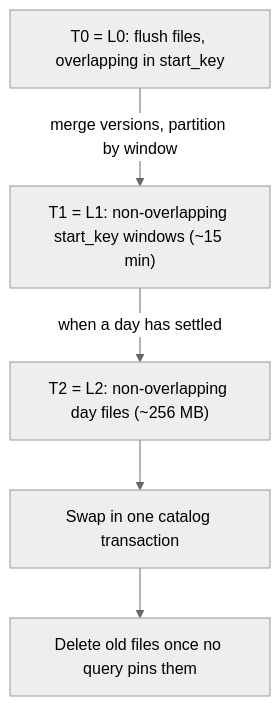
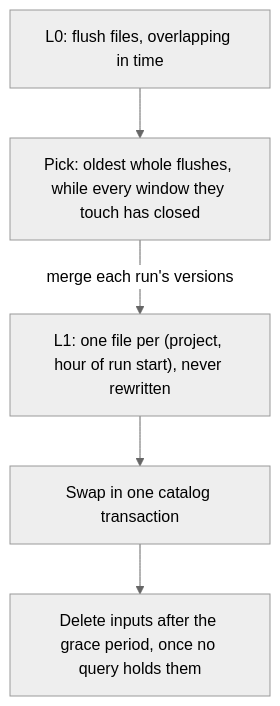
Before and after one commit to liukai/smithling: the eighth of 9 diagrams in ROCKSDB_COMPARISON.md, drawn with Mermaid (neutral theme). The commit also changed other lines of this file and 2 other files, not shown here.

First line of the commit message:
docs: RocksDB comparison for M4 compaction and versions; review findings F-1–F-4 in the backlog

````diff
--- a/ROCKSDB_COMPARISON.md
+++ b/ROCKSDB_COMPARISON.md
@@ -289,11 +290,9 @@
 ```mermaid
 flowchart TB
-    T0["T0 = L0: flush files, overlapping in start_key"]
-    T1["T1 = L1: non-overlapping start_key windows (~15 min)"]
-    T2["T2 = L2: non-overlapping day files (~256 MB)"]
+    L0["L0: flush files, overlapping in time"]
+    PICK["Pick: oldest whole flushes, while every window they touch has closed"]
+    L1["L1: one file per (project, hour of run start), never rewritten"]
     SW["Swap in one catalog transaction"]
-    DEL["Delete old files once no query pins them"]
-    T0 -->|"merge versions, partition by window"| T1
-    T1 -->|"when a day has settled"| T2
-    T2 --> SW --> DEL
+    DEL["Delete inputs after the grace period, once no query holds them"]
+    L0 --> PICK -->|"merge each run's versions"| L1 --> SW --> DEL
 ```
````
